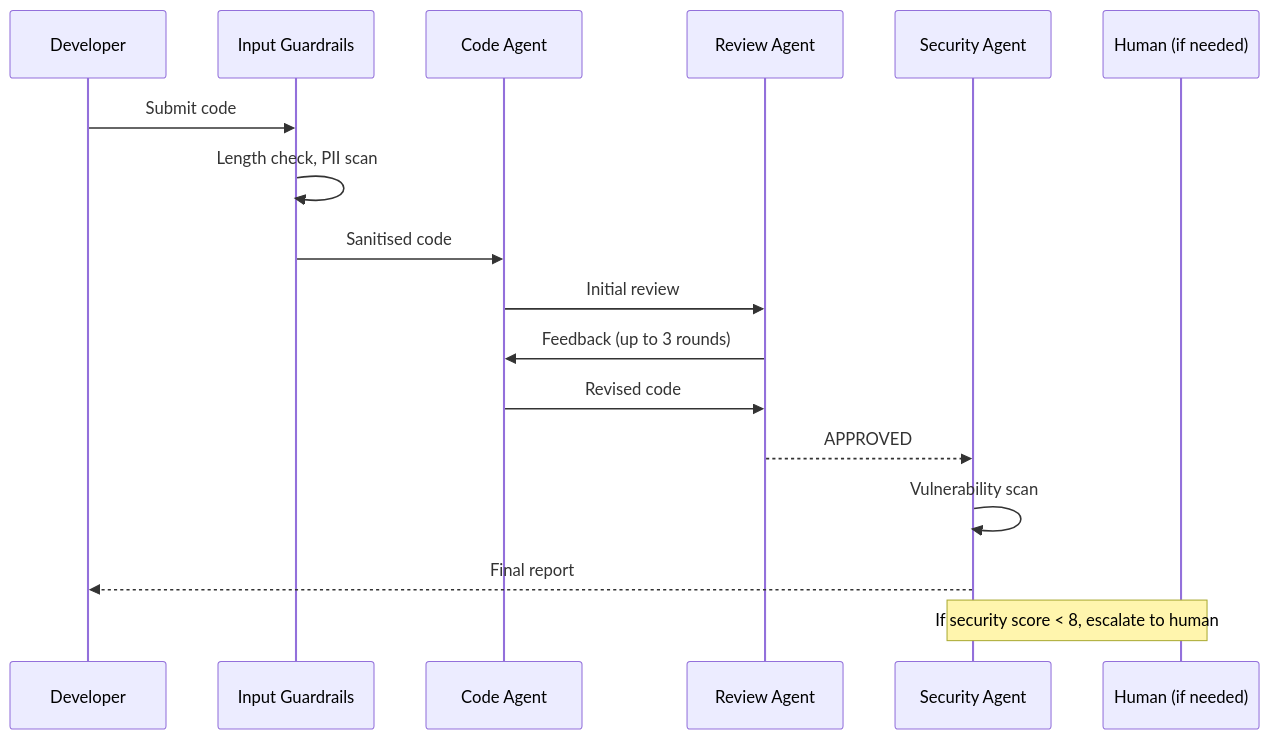
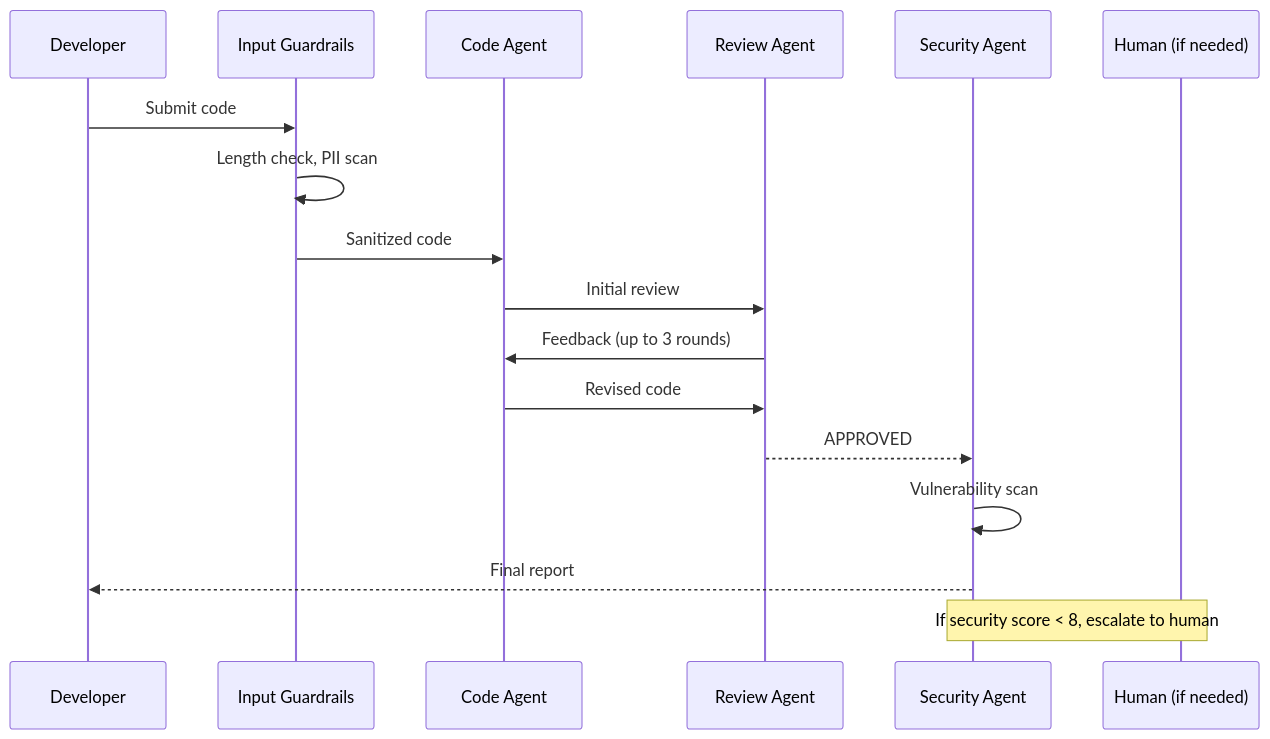
Before and after one commit to pyagent-core/pyagent: the diagram in docs/cookbook/software-engineering/code-review.md, drawn with Mermaid. The commit also changed other lines of this file and 135 other files, not shown here.

````diff
--- a/docs/cookbook/software-engineering/code-review.md
+++ b/docs/cookbook/software-engineering/code-review.md
@@ -23,20 +24,20 @@
 ```mermaid
 sequenceDiagram
     participant D as Developer
     participant G as Input Guardrails
     participant C as Code Agent
     participant R as Review Agent
     participant S as Security Agent
     participant H as Human (if needed)
 
     D->>G: Submit code
     G->>G: Length check, PII scan
-    G->>C: Sanitised code
+    G->>C: Sanitized code
     C->>R: Initial review
     R->>C: Feedback (up to 3 rounds)
     C->>R: Revised code
     R-->>S: APPROVED
     S->>S: Vulnerability scan
     S-->>D: Final report
     Note over S,H: If security score < 8, escalate to human
 ```
````
